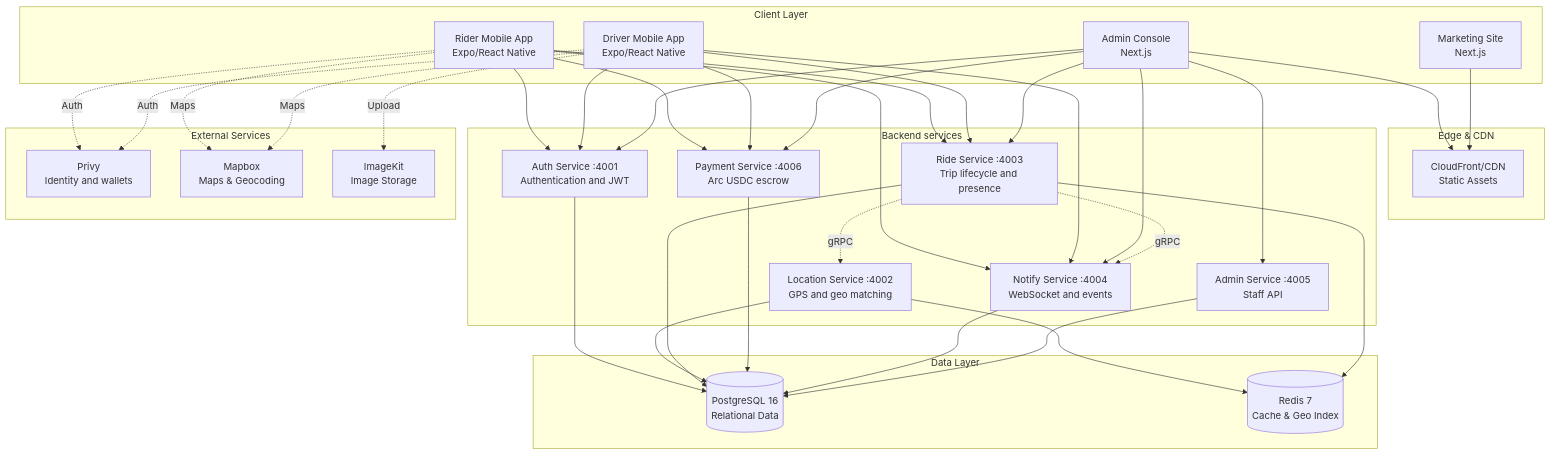
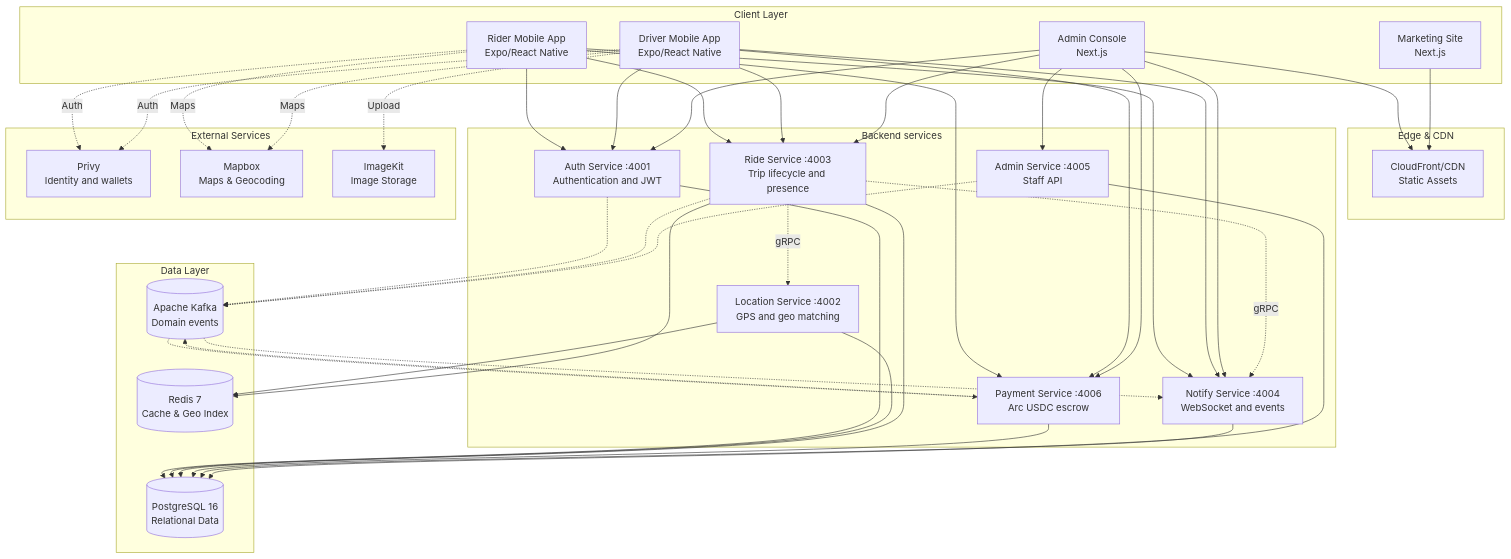
Before and after one commit to 13x54n/Eve: the first of 11 diagrams in ARCHITECTURE.md, drawn with Mermaid. The commit also changed other lines of this file and 27 other files, not shown here.

````diff
--- a/ARCHITECTURE.md
+++ b/ARCHITECTURE.md
@@ -34,68 +34,75 @@
 ```mermaid
 graph TB
     subgraph Clients["Client Layer"]
         RiderApp[Rider Mobile App<br/>Expo/React Native]
         DriverApp[Driver Mobile App<br/>Expo/React Native]
         AdminWeb[Admin Console<br/>Next.js]
         WWW[Marketing Site<br/>Next.js]
     end
 
     subgraph CDN["Edge & CDN"]
         CF[CloudFront/CDN<br/>Static Assets]
     end
 
     subgraph API["Backend services"]
         Auth[Auth Service :4001<br/>Authentication and JWT]
         Location[Location Service :4002<br/>GPS and geo matching]
         Ride[Ride Service :4003<br/>Trip lifecycle and presence]
         Notify[Notify Service :4004<br/>WebSocket and events]
         AdminApi[Admin Service :4005<br/>Staff API]
         Payment[Payment Service :4006<br/>Arc USDC escrow]
     end
 
     subgraph DataLayer["Data Layer"]
         PG[(PostgreSQL 16<br/>Relational Data)]
         Redis[(Redis 7<br/>Cache & Geo Index)]
+        Kafka[(Apache Kafka<br/>Domain events)]
     end
 
     subgraph External["External Services"]
         Privy[Privy<br/>Identity and wallets]
         Mapbox[Mapbox<br/>Maps & Geocoding]
         ImageKit[ImageKit<br/>Image Storage]
     end
 
     RiderApp --> Auth
     RiderApp --> Ride
     RiderApp --> Payment
     RiderApp --> Notify
     DriverApp --> Auth
     DriverApp --> Ride
     DriverApp --> Payment
     DriverApp --> Notify
     AdminWeb --> Auth
     AdminWeb --> AdminApi
     AdminWeb --> Ride
     AdminWeb --> Payment
     AdminWeb --> Notify
 
     Auth --> PG
     Location --> PG
     Location --> Redis
     Ride --> PG
     Ride --> Redis
     Payment --> PG
     Notify --> PG
+    Auth -.-> Kafka
+    Ride -.-> Kafka
+    AdminApi -.-> Kafka
+    Payment -.-> Kafka
+    Kafka -.-> Notify
+    Kafka -.-> Payment
 
     Ride -.gRPC.-> Location
     Ride -.gRPC.-> Notify
     AdminApi --> PG
 
     RiderApp -.Auth.-> Privy
     DriverApp -.Auth.-> Privy
     RiderApp -.Maps.-> Mapbox
     DriverApp -.Maps.-> Mapbox
     DriverApp -.Upload.-> ImageKit
 
     AdminWeb --> CF
     WWW --> CF
 ```
````
